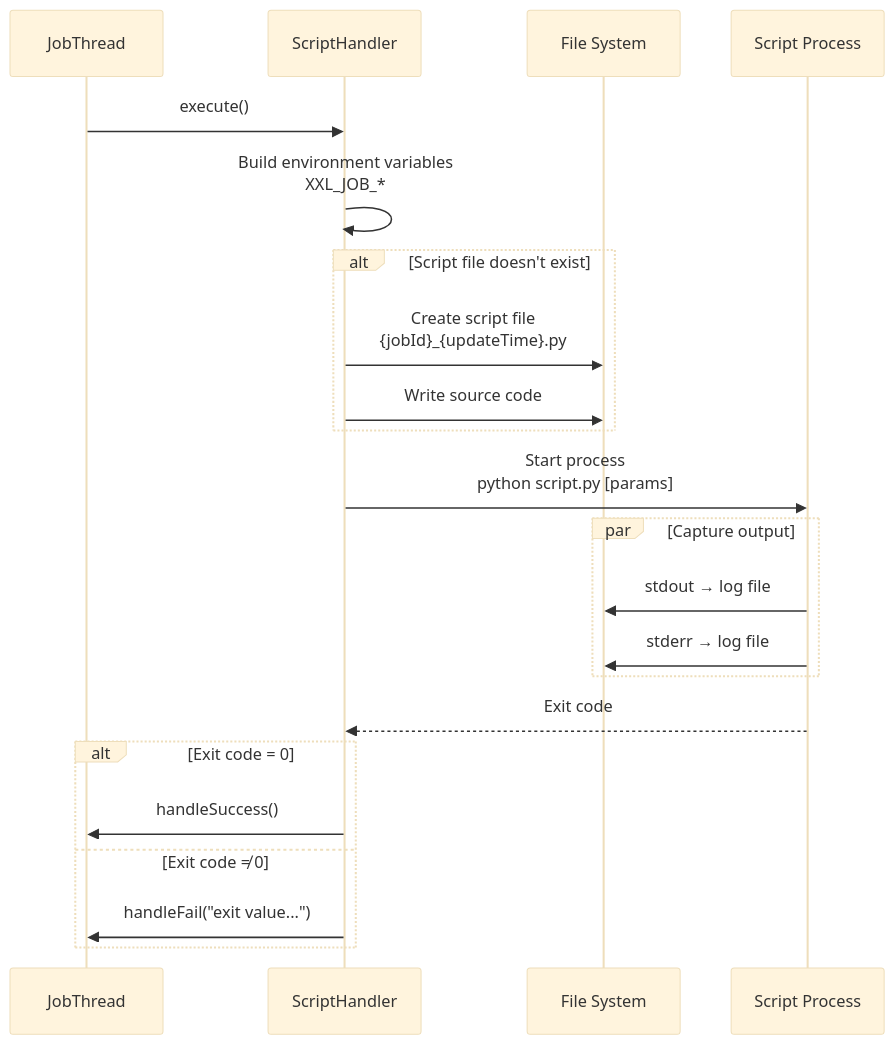
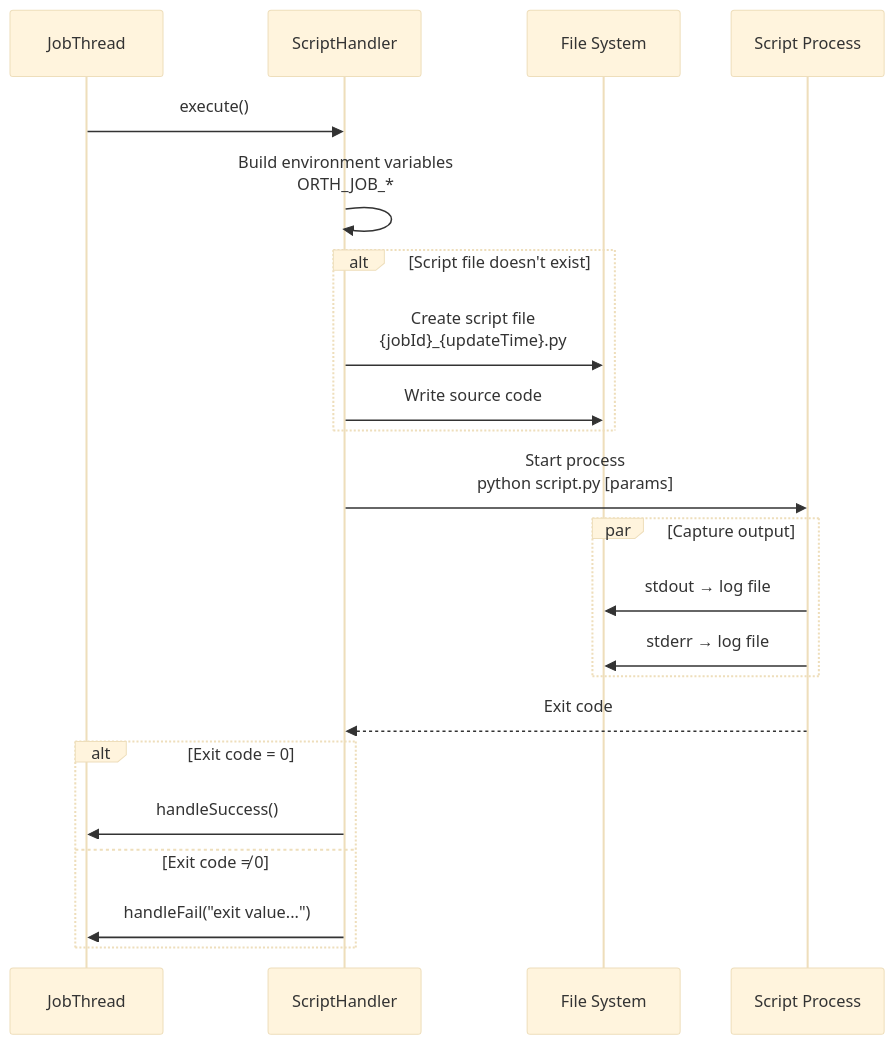
Before and after one commit to zombie12138/orth: the fifth of 10 diagrams in arch/04-executor-implementation.md, drawn with Mermaid (base theme). The commit also changed other lines of this file and 576 other files, not shown here.

First line of the commit message:
refactor: rename xxl-job → orth across entire project

````diff
--- a/arch/04-executor-implementation.md
+++ b/arch/04-executor-implementation.md
@@ -144,30 +144,30 @@
 ```mermaid
 sequenceDiagram
     participant JT as JobThread
     participant SH as ScriptHandler
     participant FS as File System
     participant Proc as Script Process
     
     JT->>SH: execute()
-    SH->>SH: Build environment variables<br/>XXL_JOB_*
+    SH->>SH: Build environment variables<br/>ORTH_JOB_*
     
     alt Script file doesn't exist
         SH->>FS: Create script file<br/>{jobId}_{updateTime}.py
         SH->>FS: Write source code
     end
     
     SH->>Proc: Start process<br/>python script.py [params]
     
     par Capture output
         Proc->>FS: stdout → log file
         Proc->>FS: stderr → log file
     end
     
     Proc-->>SH: Exit code
     
     alt Exit code = 0
         SH->>JT: handleSuccess()
     else Exit code ≠ 0
         SH->>JT: handleFail("exit value...")
     end
 ```
````
